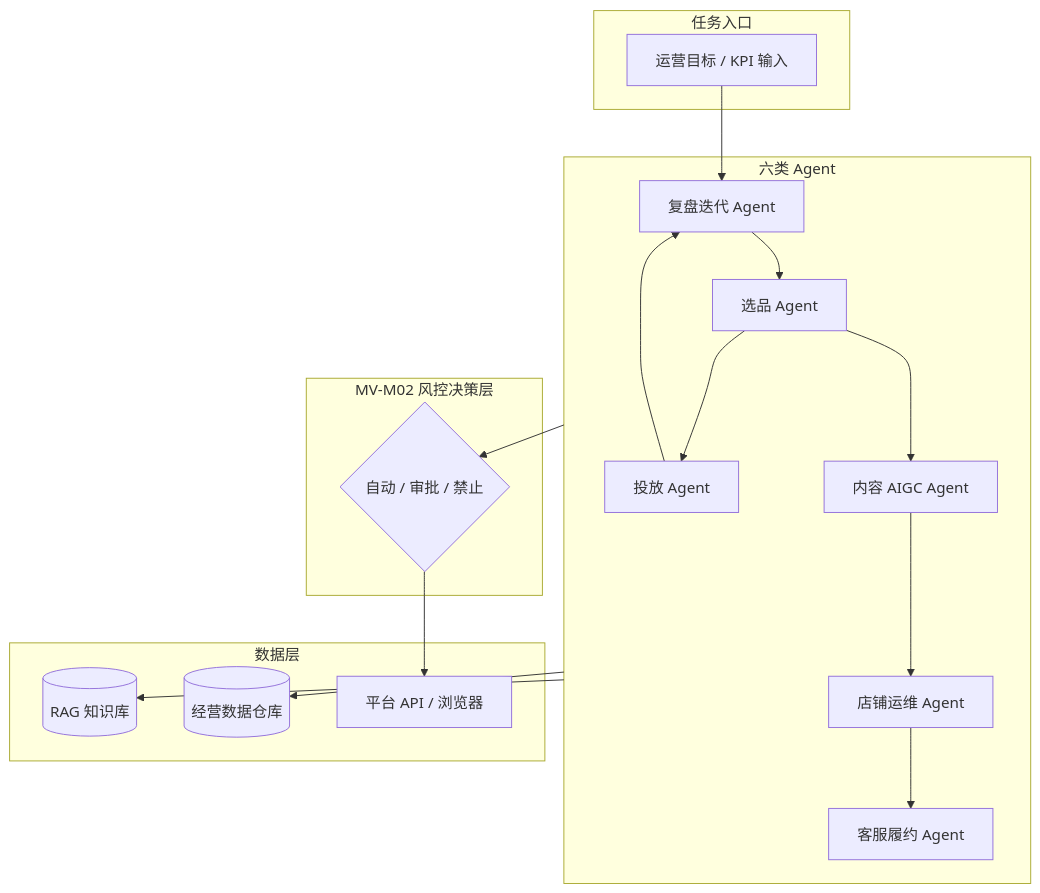
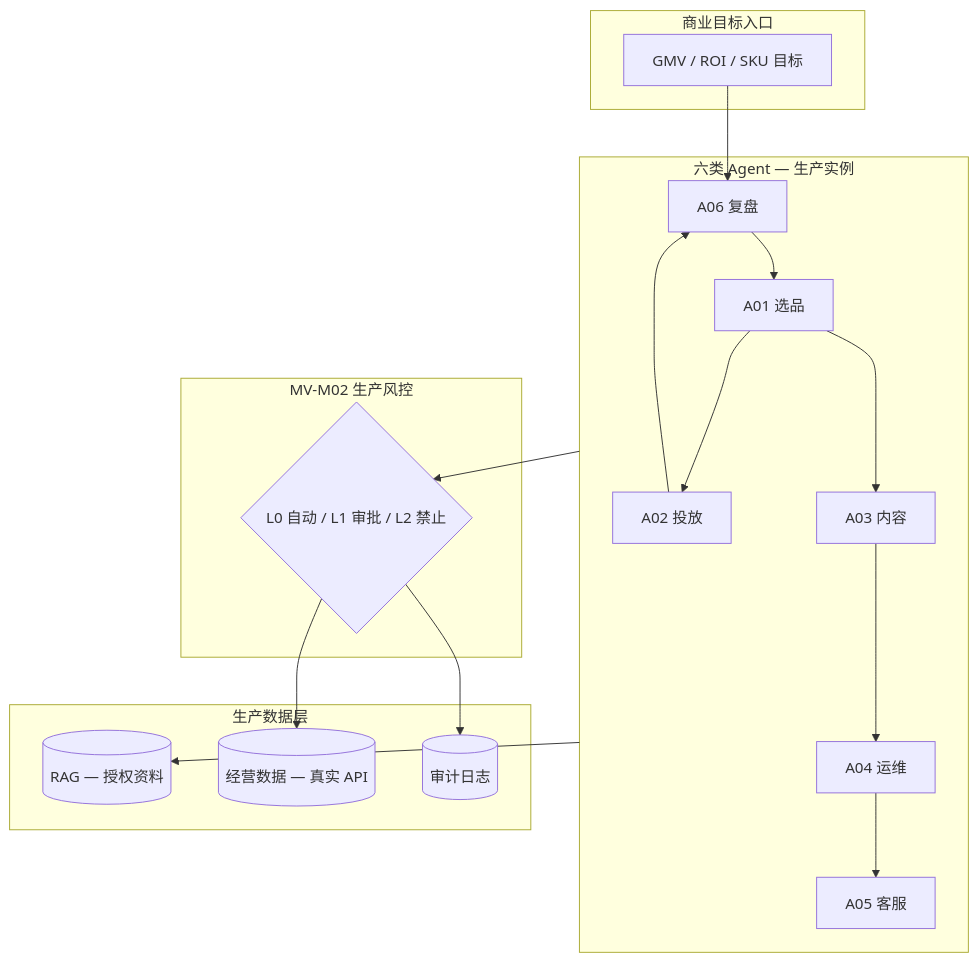
The diagram in docs/10_MANAGER_VISION_PLAN.md (fanxiaoyi520/aeo-platform), drawn with Mermaid before and after one commit. The commit also changed other lines of this file and 23 other files, not shown here.

````diff
--- a/docs/10_MANAGER_VISION_PLAN.md
+++ b/docs/10_MANAGER_VISION_PLAN.md
@@ -98,36 +111,34 @@
 ```mermaid
 flowchart TB
-    subgraph intake [任务入口]
-        T[运营目标 / KPI 输入]
+    subgraph intake [商业目标入口]
+        KPI[GMV / ROI / SKU 目标]
     end
 
-    subgraph agents [六类 Agent]
-        A01[选品 Agent]
-        A02[投放 Agent]
-        A03[内容 AIGC Agent]
-        A04[店铺运维 Agent]
-        A05[客服履约 Agent]
-        A06[复盘迭代 Agent]
+    subgraph agents [六类 Agent — 生产实例]
+        A01[A01 选品]
+        A02[A02 投放]
+        A03[A03 内容]
+        A04[A04 运维]
+        A05[A05 客服]
+        A06[A06 复盘]
     end
 
-    subgraph control [MV-M02 风控决策层]
-        R{自动 / 审批 / 禁止}
+    subgraph control [MV-M02 生产风控]
+        R{L0 自动 / L1 审批 / L2 禁止}
     end
 
-    subgraph data [数据层]
-        RAG[(RAG 知识库)]
-        BIZ[(经营数据仓库)]
-        EXT[平台 API / 浏览器]
+    subgraph data [生产数据层]
+        RAG[(RAG — 授权资料)]
+        BIZ[(经营数据 — 真实 API)]
+        AUDIT[(审计日志)]
     end
 
-    T --> A06
+    KPI --> A06
     A06 --> A01 --> A03 --> A04
-    A01 --> A02
+    A01 --> A02 --> A06
     A04 --> A05
-    A02 --> A06
 
-    agents --> R
-    R --> EXT
+    agents --> R --> BIZ
     agents --> RAG
-    agents --> BIZ
+    R --> AUDIT
 ```
````
